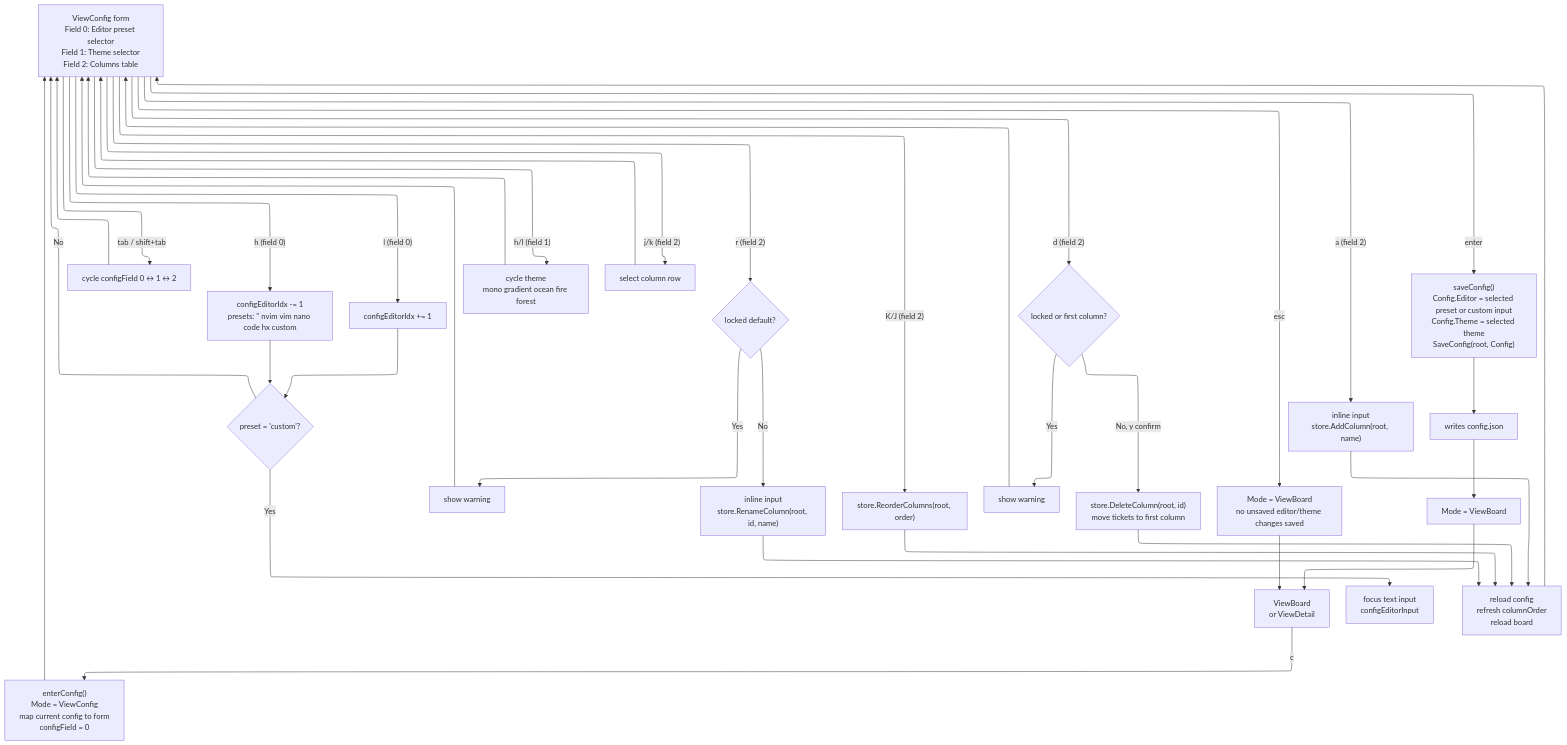
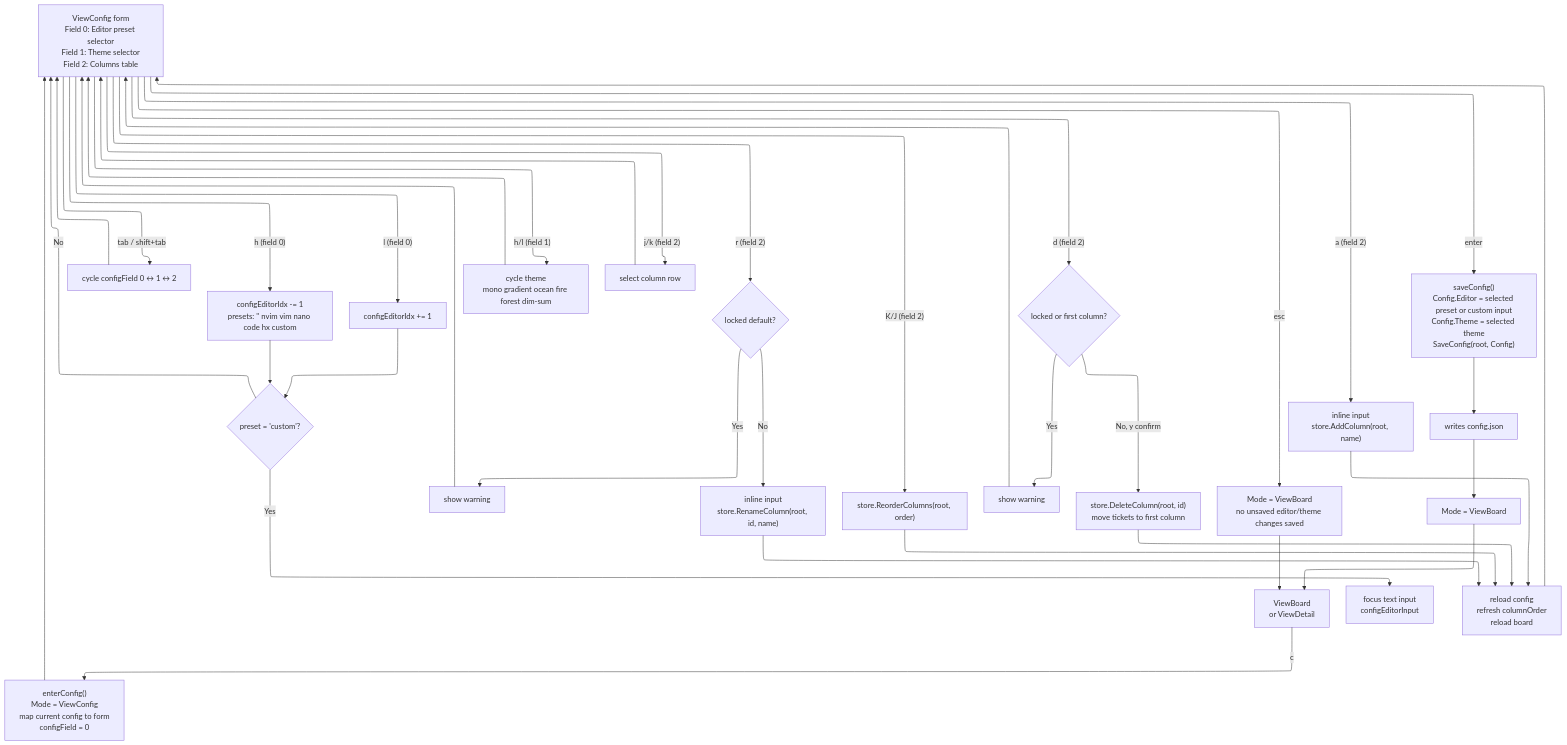
One commit to dawidsok/tickcats changed the first of 3 diagrams in docs/flows/configuration.md. Above: the diagram before and after it, drawn with Mermaid. The commit also changed 4 other files, not shown here.

Commit message:
feat(tui): add dim-sum color theme

````diff
--- a/docs/flows/configuration.md
+++ b/docs/flows/configuration.md
@@ -7,49 +7,49 @@
 ```mermaid
 %%{init: {"flowchart": {"defaultRenderer": "elk"}} }%%
 flowchart TD
     Board["ViewBoard\nor ViewDetail"] -->|"c"| Enter["enterConfig()\nMode = ViewConfig\nmap current config to form\nconfigField = 0"]
     Enter --> Form["ViewConfig form\nField 0: Editor preset selector\nField 1: Theme selector\nField 2: Columns table"]
 
     Form -->|"tab / shift+tab"| CycleField["cycle configField 0 ↔ 1 ↔ 2"]
     CycleField --> Form
 
     Form -->|"h (field 0)"| PrevEditor["configEditorIdx -= 1\npresets: '' nvim vim nano code hx custom"]
     Form -->|"l (field 0)"| NextEditor["configEditorIdx += 1"]
     PrevEditor --> CheckCustom{"preset = 'custom'?"}
     NextEditor --> CheckCustom
     CheckCustom -->|Yes| FocusInput["focus text input\nconfigEditorInput"]
     CheckCustom -->|No| Form
 
-    Form -->|"h/l (field 1)"| CycleTheme["cycle theme\nmono gradient ocean fire forest"]
+    Form -->|"h/l (field 1)"| CycleTheme["cycle theme\nmono gradient ocean fire forest dim-sum"]
     CycleTheme --> Form
 
     Form -->|"j/k (field 2)"| SelectColumn["select column row"]
     SelectColumn --> Form
 
     Form -->|"a (field 2)"| AddColumn["inline input\nstore.AddColumn(root, name)"]
     AddColumn --> RefreshColumns["reload config\nrefresh columnOrder\nreload board"]
     RefreshColumns --> Form
 
     Form -->|"r (field 2)"| RenameColumn{"locked default?"}
     RenameColumn -->|Yes| BlockRename["show warning"]
     BlockRename --> Form
     RenameColumn -->|No| RenameStore["inline input\nstore.RenameColumn(root, id, name)"]
     RenameStore --> RefreshColumns
 
     Form -->|"K/J (field 2)"| ReorderColumn["store.ReorderColumns(root, order)"]
     ReorderColumn --> RefreshColumns
 
     Form -->|"d (field 2)"| DeleteColumn{"locked or first column?"}
     DeleteColumn -->|Yes| BlockDelete["show warning"]
     BlockDelete --> Form
     DeleteColumn -->|No, y confirm| DeleteStore["store.DeleteColumn(root, id)\nmove tickets to first column"]
     DeleteStore --> RefreshColumns
 
     Form -->|"esc"| Discard["Mode = ViewBoard\nno unsaved editor/theme changes saved"]
     Discard --> Board
 
     Form -->|"enter"| Save["saveConfig()\nConfig.Editor = selected preset or custom input\nConfig.Theme = selected theme\nSaveConfig(root, Config)"]
     Save --> WriteConfig["writes config.json"]
     WriteConfig --> Return["Mode = ViewBoard"]
     Return --> Board
 ```
````
